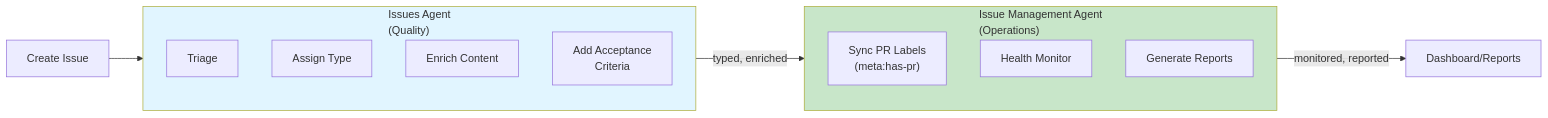
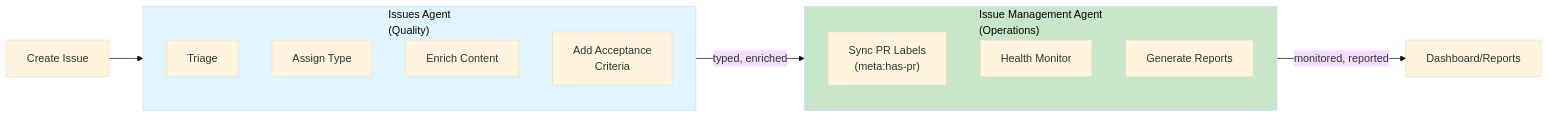
One commit to lightspeedwp/.github changed the diagram in .github/projects/active/issue-management-agent-planning-2026-08-12/INTEGRATION_WITH_EXISTING_AGENTS.md. Above: the diagram before and after it, drawn with Mermaid.

Commit message:
fix(mermaid): Correct Mermaid diagram accessibility attribute syntax
Use proper Mermaid frontmatter config block for accessibility attributes instead of direct statements. This ensures WCAG 2.2 AA compliance for diagram accessibility validation.

Claude-Session: https://claude.ai/code/session_015T4jG5gJnGNAPzyXpui4ig

````diff
--- a/.github/projects/active/issue-management-agent-planning-2026-08-12/INTEGRATION_WITH_EXISTING_AGENTS.md
+++ b/.github/projects/active/issue-management-agent-planning-2026-08-12/INTEGRATION_WITH_EXISTING_AGENTS.md
@@ -87,27 +87,30 @@
 ```mermaid
+---
+config:
+  theme: base
+  accTitle: Integration Pattern - Complementary Operations
+  accDescr: Two-agent workflow showing Issues Agent (quality triage and enrichment) and Issue Management Agent (operations and monitoring) working on the same issue from different angles
+---
 graph LR
-    accTitle: Integration Pattern - Complementary Operations
-    accDescr: Two-agent workflow showing Issues Agent (quality triage and enrichment) and Issue Management Agent (operations and monitoring) working on the same issue from different angles
-    
     Issue["Create Issue"]
     
     subgraph IssuAgent["Issues Agent<br/>(Quality)"]
         Triage["Triage"]
         Type["Assign Type"]
         Enrich["Enrich Content"]
         AC["Add Acceptance<br/>Criteria"]
     end
     
     subgraph MgmtAgent["Issue Management Agent<br/>(Operations)"]
         SyncPR["Sync PR Labels<br/>(meta:has-pr)"]
         Monitor["Health Monitor"]
         Report["Generate Reports"]
     end
     
     Issue --> IssuAgent
     IssuAgent --> |typed, enriched| MgmtAgent
     MgmtAgent --> |monitored, reported| Dashboard["Dashboard/Reports"]
     
     style IssuAgent fill:#e1f5ff
     style MgmtAgent fill:#c8e6c9
 ```
````
